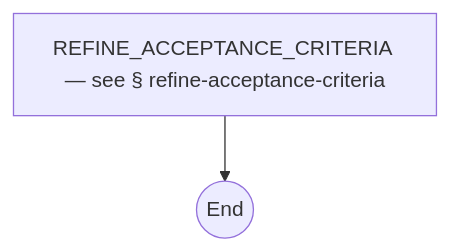
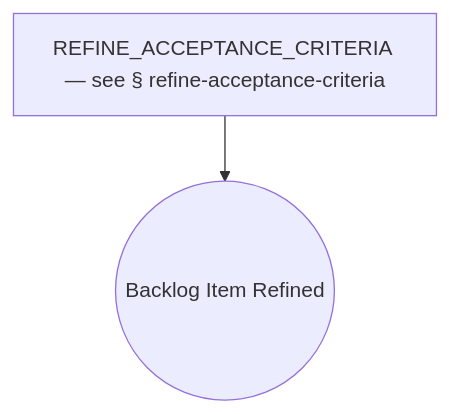
The sixth of 50 diagrams in docs/process-diagram.md (optivem/gh-optivem), drawn with Mermaid before and after one commit. The commit also changed other lines of this file and 5 other files, not shown here.

````diff
--- a/docs/process-diagram.md
+++ b/docs/process-diagram.md
@@ -133,7 +156,7 @@
 ```mermaid
 flowchart TD
     REFINE_ACCEPTANCE_CRITERIA[REFINE_ACCEPTANCE_CRITERIA — see § refine-acceptance-criteria]
-    REFINE_BACKLOG_END((End))
+    REFINE_BACKLOG_END((Backlog Item Refined))
 
     REFINE_ACCEPTANCE_CRITERIA --> REFINE_BACKLOG_END
 ```
````
